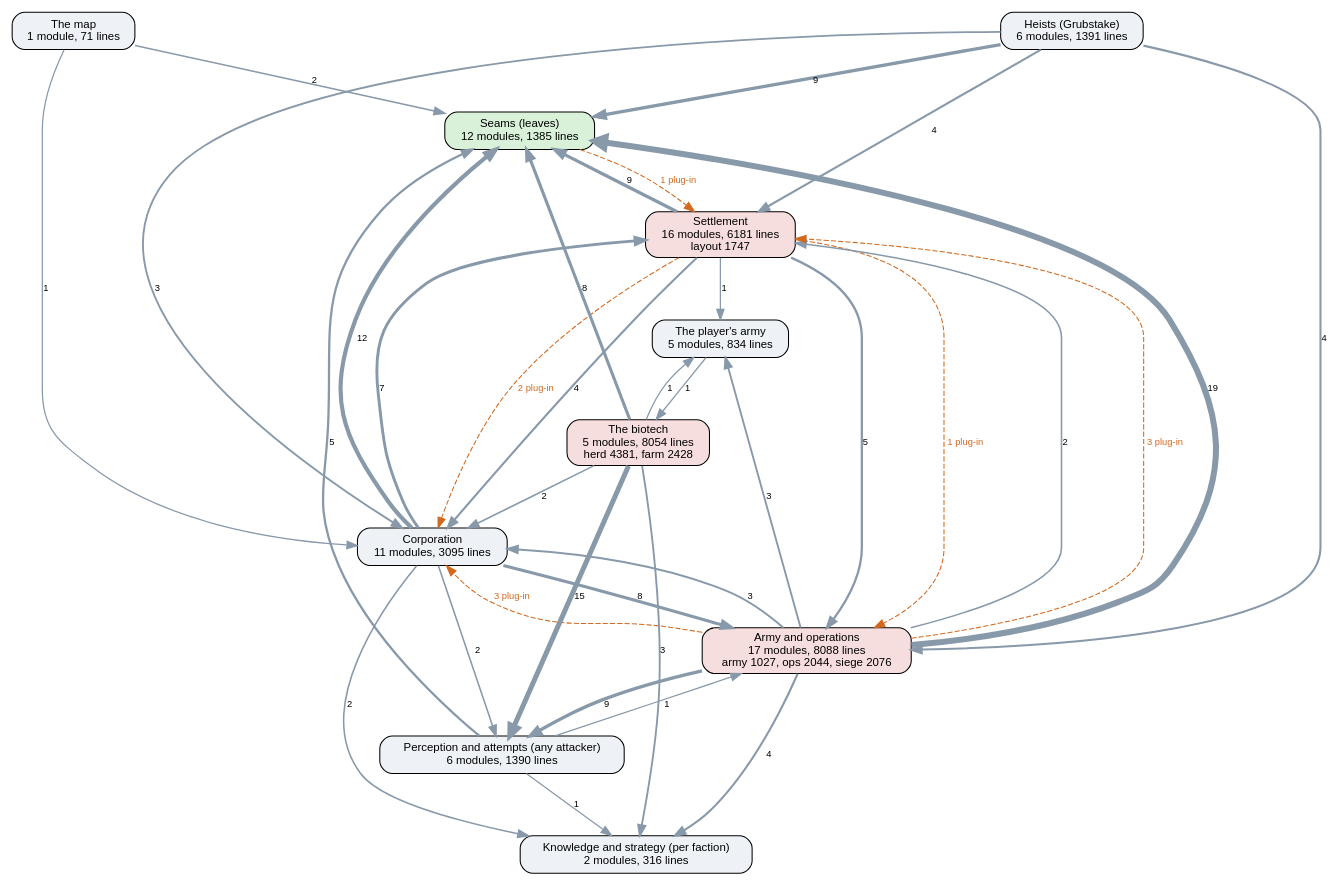
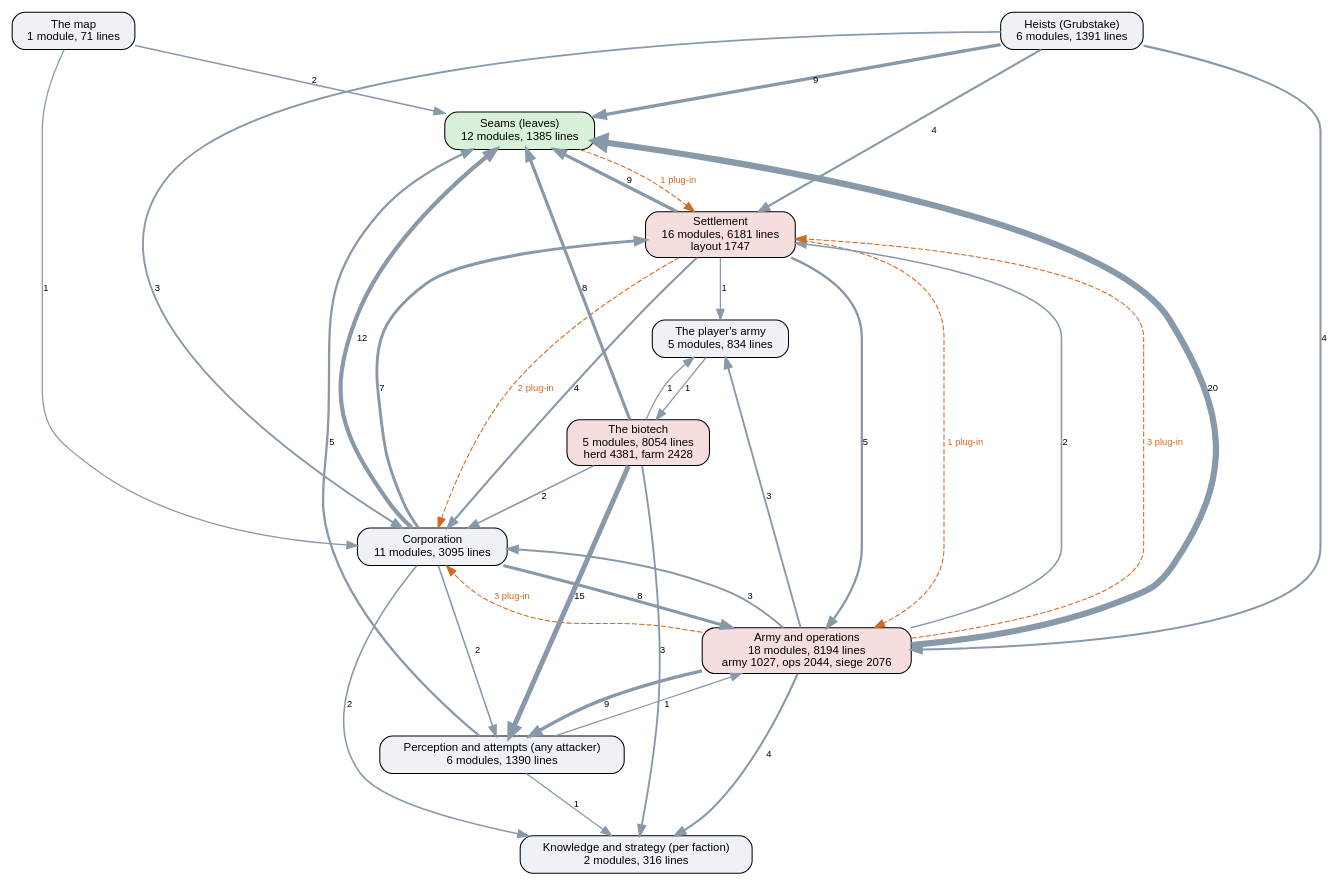
One commit to kinelhu/landing-party changed the diagram in docs/ai-layers.dot. Above: the diagram before and after it, drawn with Graphviz. The commit also changed 14 other files, not shown here.

```diff
--- a/docs/ai-layers.dot
+++ b/docs/ai-layers.dot
@@ -1,50 +1,50 @@
 digraph layers {
   graph [rankdir=TB, fontname="Helvetica", nodesep=0.5, ranksep=0.7];
   node [shape=box, style="rounded,filled", fontname="Helvetica", fontsize=11, fillcolor="#eef2f7"];
   edge [color="#8899aa", fontname="Helvetica", fontsize=9];
   "Seams (leaves)" [label="Seams (leaves)\n12 modules, 1385 lines", fillcolor="#d9f0d9"];
   "Perception and attempts (any attacker)" [label="Perception and attempts (any attacker)\n6 modules, 1390 lines", fillcolor="#eef2f7"];
   "Knowledge and strategy (per faction)" [label="Knowledge and strategy (per faction)\n2 modules, 316 lines", fillcolor="#eef2f7"];
   "Corporation" [label="Corporation\n11 modules, 3095 lines", fillcolor="#eef2f7"];
   "Settlement" [label="Settlement\n16 modules, 6181 lines\nlayout 1747", fillcolor="#f7dede"];
-  "Army and operations" [label="Army and operations\n17 modules, 8088 lines\narmy 1027, ops 2044, siege 2076", fillcolor="#f7dede"];
+  "Army and operations" [label="Army and operations\n18 modules, 8194 lines\narmy 1027, ops 2044, siege 2076", fillcolor="#f7dede"];
   "Heists (Grubstake)" [label="Heists (Grubstake)\n6 modules, 1391 lines", fillcolor="#eef2f7"];
   "The biotech" [label="The biotech\n5 modules, 8054 lines\nherd 4381, farm 2428", fillcolor="#f7dede"];
   "The map" [label="The map\n1 module, 71 lines", fillcolor="#eef2f7"];
   "The player's army" [label="The player's army\n5 modules, 834 lines", fillcolor="#eef2f7"];
   "Army and operations" -> "Corporation" [label="3", penwidth=1.8];
   "Army and operations" -> "Knowledge and strategy (per faction)" [label="4", penwidth=2.0];
   "Army and operations" -> "Perception and attempts (any attacker)" [label="9", penwidth=3.2];
-  "Army and operations" -> "Seams (leaves)" [label="19", penwidth=5.8];
+  "Army and operations" -> "Seams (leaves)" [label="20", penwidth=6.0];
   "Army and operations" -> "Settlement" [label="2", penwidth=1.5];
   "Army and operations" -> "The player's army" [label="3", penwidth=1.8];
   "Corporation" -> "Army and operations" [label="8", penwidth=3.0];
   "Corporation" -> "Knowledge and strategy (per faction)" [label="2", penwidth=1.5];
   "Corporation" -> "Perception and attempts (any attacker)" [label="2", penwidth=1.5];
   "Corporation" -> "Seams (leaves)" [label="12", penwidth=4.0];
   "Corporation" -> "Settlement" [label="7", penwidth=2.8];
   "Heists (Grubstake)" -> "Army and operations" [label="4", penwidth=2.0];
   "Heists (Grubstake)" -> "Corporation" [label="3", penwidth=1.8];
   "Heists (Grubstake)" -> "Seams (leaves)" [label="9", penwidth=3.2];
   "Heists (Grubstake)" -> "Settlement" [label="4", penwidth=2.0];
   "Perception and attempts (any attacker)" -> "Army and operations" [label="1", penwidth=1.2];
   "Perception and attempts (any attacker)" -> "Knowledge and strategy (per faction)" [label="1", penwidth=1.2];
   "Perception and attempts (any attacker)" -> "Seams (leaves)" [label="5", penwidth=2.2];
   "Settlement" -> "Army and operations" [label="5", penwidth=2.2];
   "Settlement" -> "Corporation" [label="4", penwidth=2.0];
   "Settlement" -> "Seams (leaves)" [label="9", penwidth=3.2];
   "Settlement" -> "The player's army" [label="1", penwidth=1.2];
   "The biotech" -> "Corporation" [label="2", penwidth=1.5];
   "The biotech" -> "Knowledge and strategy (per faction)" [label="3", penwidth=1.8];
   "The biotech" -> "Perception and attempts (any attacker)" [label="15", penwidth=4.8];
   "The biotech" -> "Seams (leaves)" [label="8", penwidth=3.0];
   "The biotech" -> "The player's army" [label="1", penwidth=1.2];
   "The map" -> "Corporation" [label="1", penwidth=1.2];
   "The map" -> "Seams (leaves)" [label="2", penwidth=1.5];
   "The player's army" -> "The biotech" [label="1", penwidth=1.2];
   "Army and operations" -> "Corporation" [style=dashed, color="#d2691e", fontcolor="#d2691e", label="3 plug-in"];
   "Army and operations" -> "Settlement" [style=dashed, color="#d2691e", fontcolor="#d2691e", label="3 plug-in"];
   "Seams (leaves)" -> "Settlement" [style=dashed, color="#d2691e", fontcolor="#d2691e", label="1 plug-in"];
   "Settlement" -> "Army and operations" [style=dashed, color="#d2691e", fontcolor="#d2691e", label="1 plug-in"];
   "Settlement" -> "Corporation" [style=dashed, color="#d2691e", fontcolor="#d2691e", label="2 plug-in"];
 }
```
